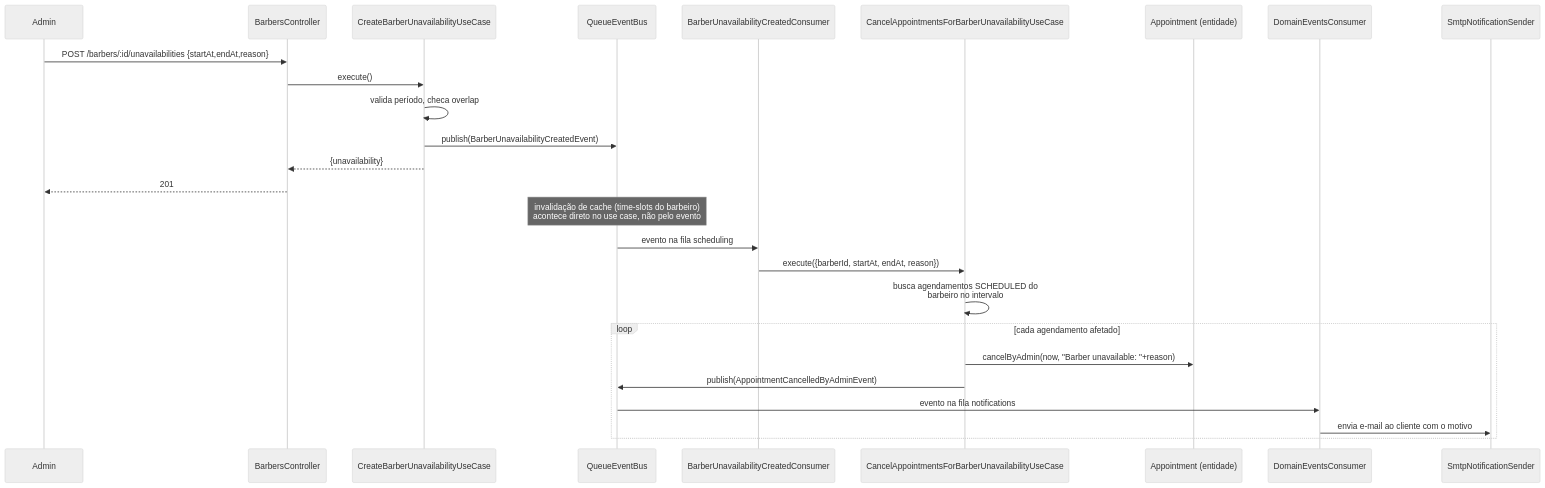
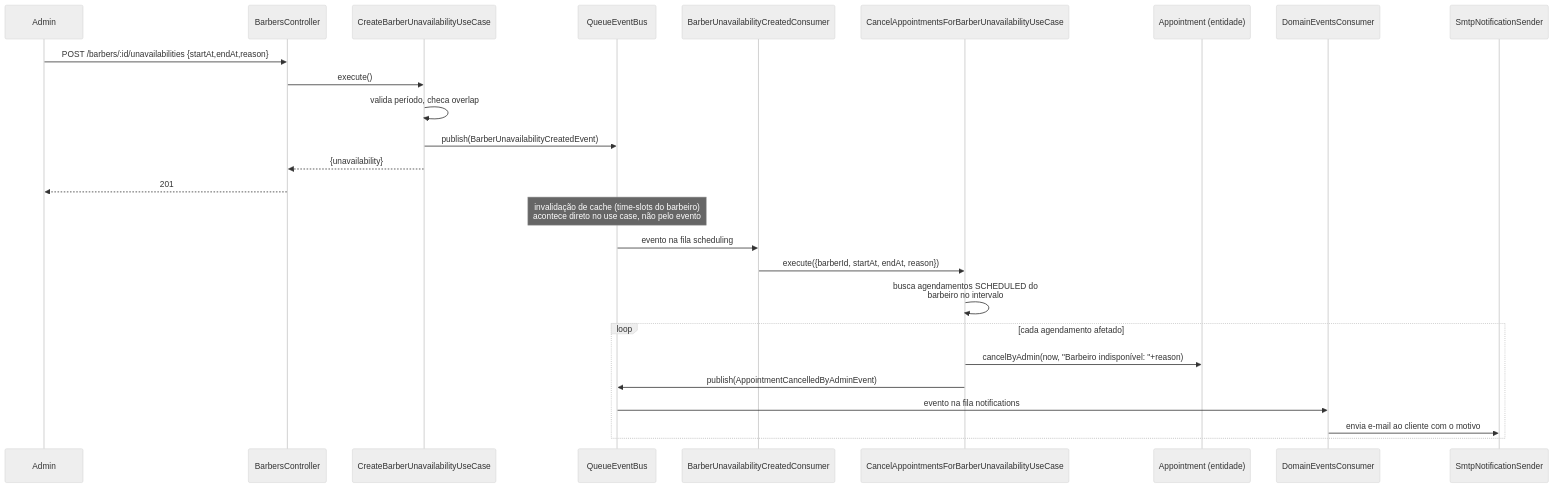
Before and after one commit to PabloFerrari027/ClickBeard_Pablo_Ferrari_Backend: the eighth of 8 diagrams in README.md, drawn with Mermaid (neutral theme). The commit also changed 2 other files, not shown here.

Commit message:
fix(scheduling): localize the barber-unavailability cancellation reason
The prefix baked into the cancellation reason when marking a barber
unavailable cascades into a conflicting appointment was hardcoded in
English ("Barber unavailable: "), while the admin-supplied reason and
the rest of the product are Portuguese. Customers were seeing mixed-
language text on the field and in the cancellation email.

````diff
--- a/README.md
+++ b/README.md
@@ -802,31 +802,31 @@
 ```mermaid
 sequenceDiagram
     participant Admin
     participant BarbersCtrl as BarbersController
     participant CreateUnav as CreateBarberUnavailabilityUseCase
     participant Bus as QueueEventBus
     participant BUC as BarberUnavailabilityCreatedConsumer
     participant CancelForUnav as CancelAppointmentsForBarberUnavailabilityUseCase
     participant Appt as Appointment (entidade)
     participant DEC as DomainEventsConsumer
     participant SMTP as SmtpNotificationSender
 
     Admin->>BarbersCtrl: POST /barbers/:id/unavailabilities {startAt,endAt,reason}
     BarbersCtrl->>CreateUnav: execute()
     CreateUnav->>CreateUnav: valida período, checa overlap
     CreateUnav->>Bus: publish(BarberUnavailabilityCreatedEvent)
     CreateUnav-->>BarbersCtrl: {unavailability}
     BarbersCtrl-->>Admin: 201
 
     Note over Bus: invalidação de cache (time-slots do barbeiro)<br/>acontece direto no use case, não pelo evento
 
     Bus->>BUC: evento na fila scheduling
     BUC->>CancelForUnav: execute({barberId, startAt, endAt, reason})
     CancelForUnav->>CancelForUnav: busca agendamentos SCHEDULED do<br/>barbeiro no intervalo
     loop cada agendamento afetado
-        CancelForUnav->>Appt: cancelByAdmin(now, "Barber unavailable: "+reason)
+        CancelForUnav->>Appt: cancelByAdmin(now, "Barbeiro indisponível: "+reason)
         CancelForUnav->>Bus: publish(AppointmentCancelledByAdminEvent)
         Bus->>DEC: evento na fila notifications
         DEC->>SMTP: envia e-mail ao cliente com o motivo
     end
 ```
````
